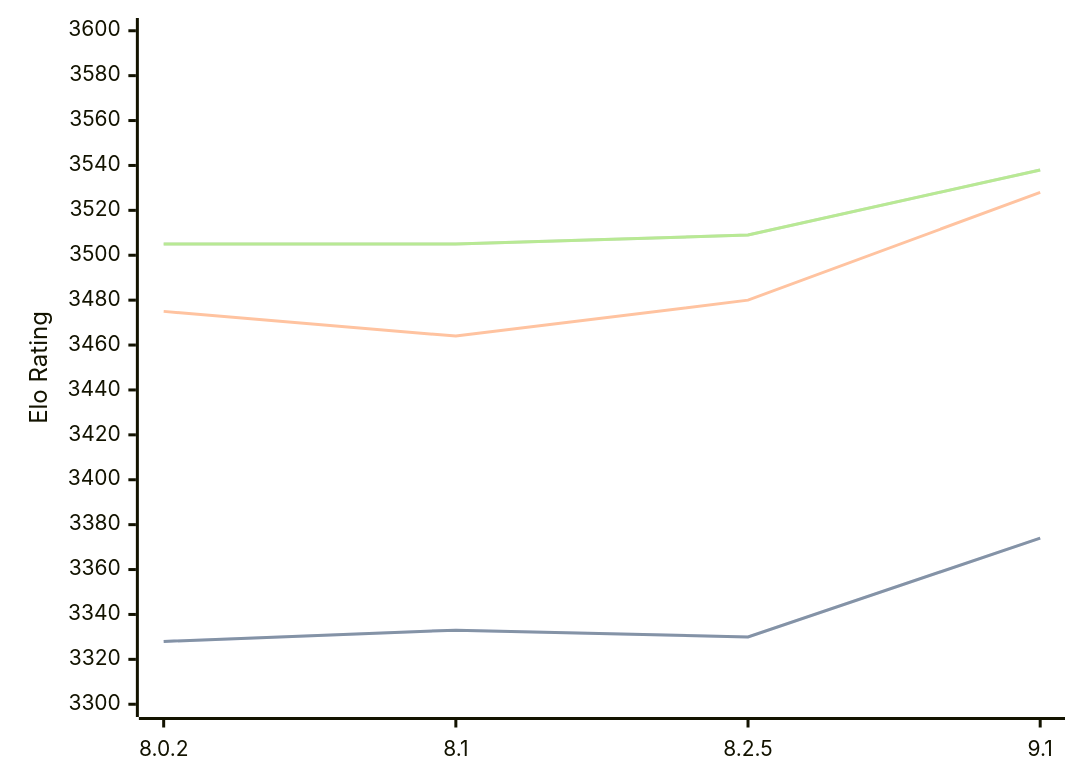
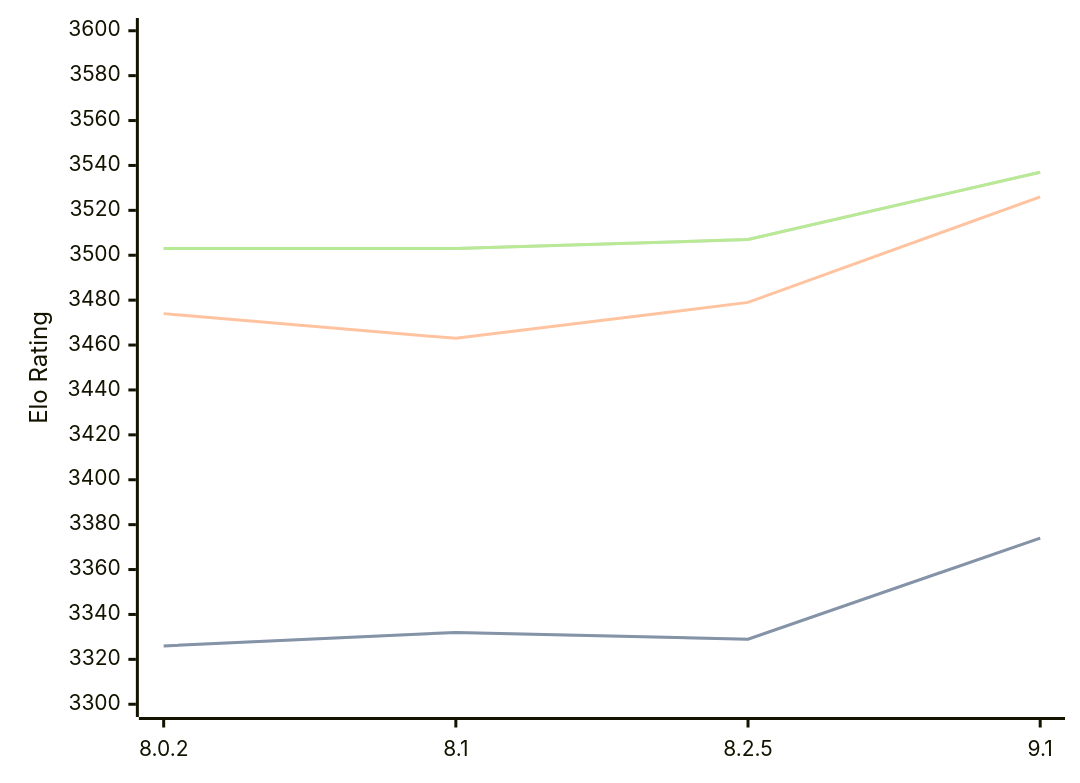
Before and after one commit to computer-chess-index/cci: the diagram in engines/Clover.md, drawn with Mermaid. The commit also changed other lines of this file, not shown here.

Commit message:
Update CCI Ratings (ELO VLTC) - 2026-08-11

````diff
--- a/engines/Clover.md
+++ b/engines/Clover.md
@@ -35,11 +35,11 @@
 ```mermaid
 %%{init: {"theme":"base","themeVariables":{"seriesColors:['#a3a3a3','#222221','#faa371']}}}%%
 xychart-beta
   x-axis ["8.0.2", "8.1", "8.2.5", "9.1"]
   y-axis "Elo Rating" 3300 --> 3600
-  line "STC (8.0+0.08s)" [3328, 3333, 3330, 3374]
-  line "STC (8.0+0.08s)" [3328, 3333, 3330, 3374]
-  line "LTC (60.0+0.60s)" [3475, 3464, 3480, 3528]
-  line "VLTC (2m24s+1.12s)" [3505, 3505, 3509, 3538]
-  line "VLTC (2m24s+1.12s)" [3505, 3505, 3509, 3538]
+  line "STC (8.0+0.08s)" [3326, 3332, 3329, 3374]
+  line "STC (8.0+0.08s)" [3326, 3332, 3329, 3374]
+  line "LTC (60.0+0.60s)" [3474, 3463, 3479, 3526]
+  line "VLTC (2m24s+1.12s)" [3503, 3503, 3507, 3537]
+  line "VLTC (2m24s+1.12s)" [3503, 3503, 3507, 3537]
 ```
````
